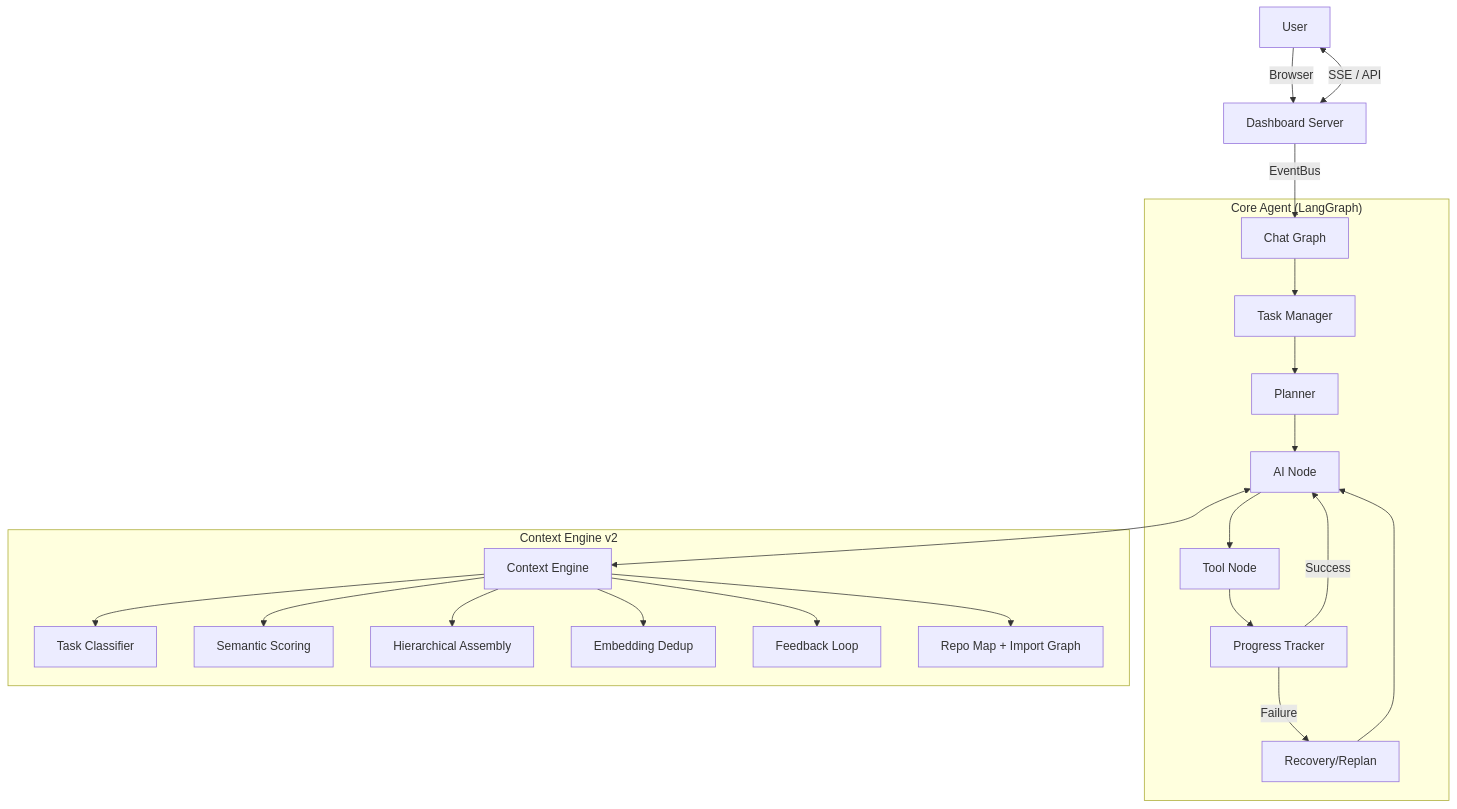
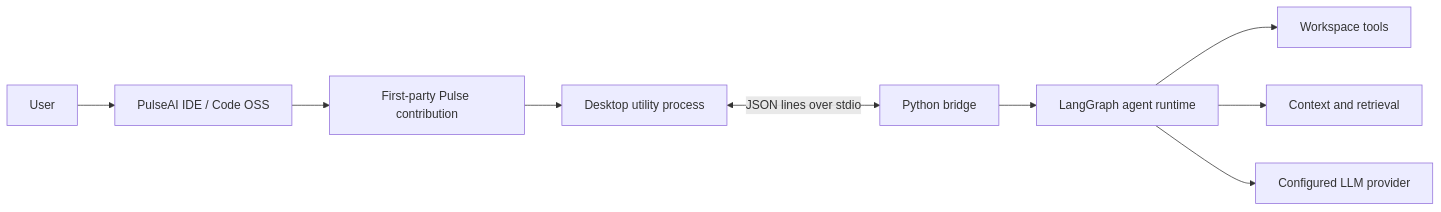
Before and after one commit to SriAkhilSJ/PulseAIRepo: the diagram in README.md, drawn with Mermaid. The commit also changed other lines of this file and 8 other files, not shown here.

````diff
--- a/README.md
+++ b/README.md
@@ -158,28 +191,11 @@
 ```mermaid
-flowchart TD
-    U[User] -->|Browser| DASH[Dashboard Server]
-    DASH -->|EventBus| GRAPH[Chat Graph]
-
-    subgraph "Core Agent (LangGraph)"
-        GRAPH --> TM[Task Manager]
-        TM --> PL[Planner]
-        PL --> AI[AI Node]
-        AI --> TOOLS[Tool Node]
-        TOOLS --> PROGRESS[Progress Tracker]
-        PROGRESS -->|Success| AI
-        PROGRESS -->|Failure| REC[Recovery/Replan]
-        REC --> AI
-    end
-
-    subgraph "Context Engine v2"
-        AI <--> CE[Context Engine]
-        CE --> TC[Task Classifier]
-        CE --> SC[Semantic Scoring]
-        CE --> HA[Hierarchical Assembly]
-        CE --> DD[Embedding Dedup]
-        CE --> FB[Feedback Loop]
-        CE --> RM[Repo Map + Import Graph]
-    end
-
-    DASH <-->|SSE / API| U
+flowchart LR
+    U[User] --> IDE[PulseAI IDE / Code OSS]
+    IDE --> HOST[First-party Pulse contribution]
+    HOST --> WORKER[Desktop utility process]
+    WORKER <-->|JSON lines over stdio| BRIDGE[Python bridge]
+    BRIDGE --> GRAPH[LangGraph agent runtime]
+    GRAPH --> TOOLS[Workspace tools]
+    GRAPH --> CONTEXT[Context and retrieval]
+    GRAPH --> PROVIDER[Configured LLM provider]
 ```
````
